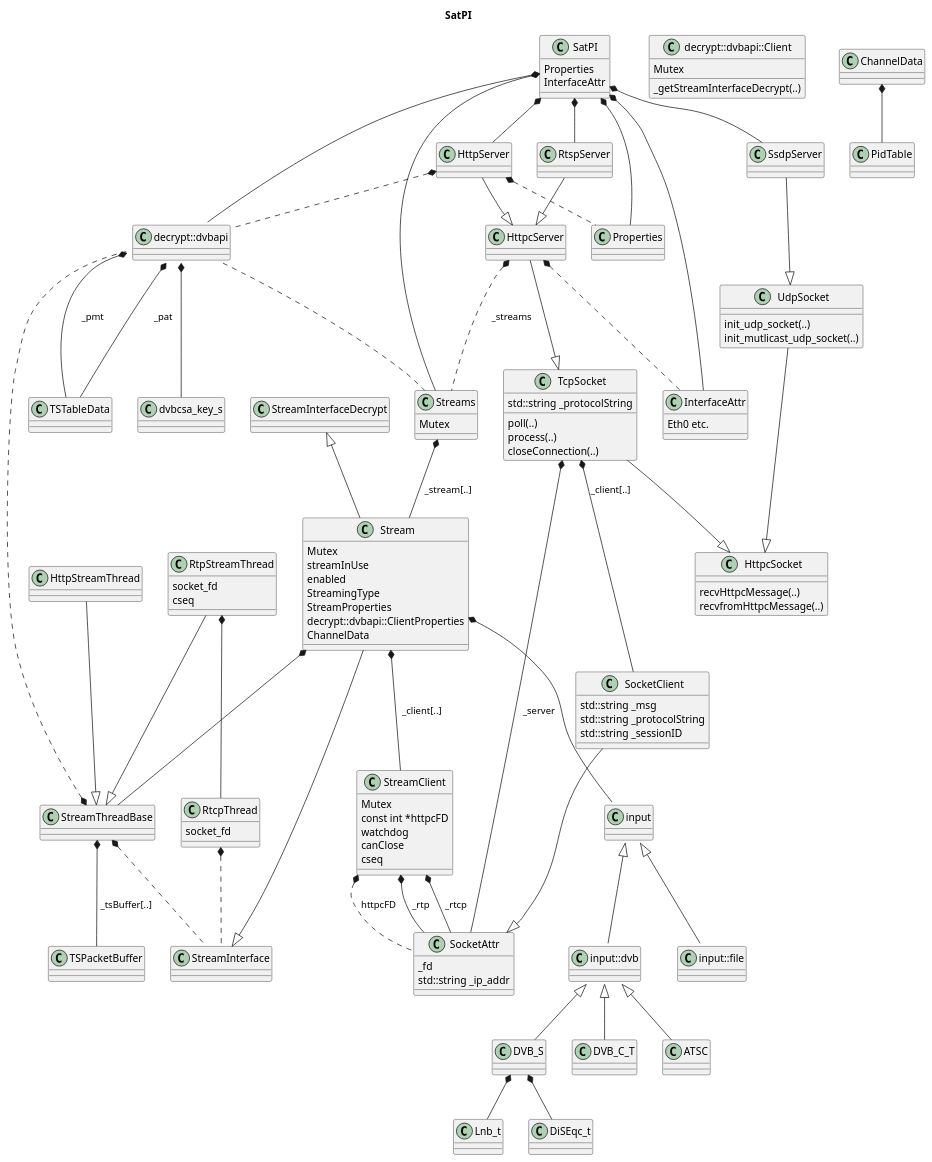
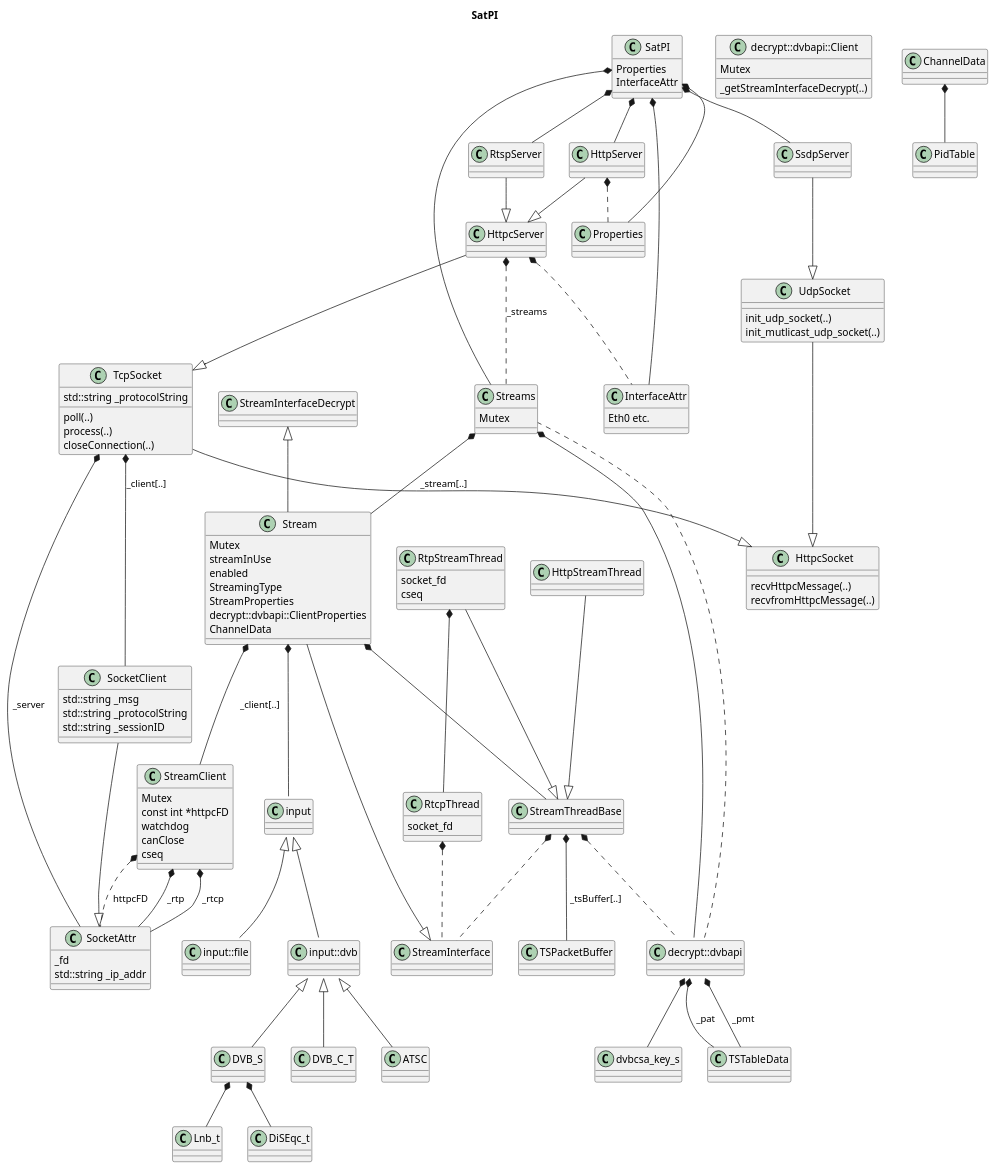
The diagram in SatPI.plantuml (Barracuda09/SATPI), drawn with PlantUML before and after one commit. The commit also changed 8 other files, not shown here.

```diff
--- a/SatPI.plantuml
+++ b/SatPI.plantuml
@@ -1,146 +1,145 @@
 @startuml
 
 hide footbox
 
 title SatPI
 
-SatPI *-- decrypt::dvbapi::Client
 SatPI *-- Streams
 SatPI *-- RtspServer
 SatPI *-- HttpServer
 SatPI *-- SsdpServer
 SatPI *-- Properties
 SatPI *-- InterfaceAttr
 
 
 class SatPI {
   Properties
   InterfaceAttr
 }
 
 class InterfaceAttr {
   Eth0 etc.
 }
 
 class HttpcSocket {
   recvHttpcMessage(..)
   recvfromHttpcMessage(..)
 }
 
 SocketClient --|> SocketAttr
 class SocketClient {
   std::string _msg
   std::string _protocolString
   std::string _sessionID
 }
 
 class SocketAttr {
   _fd
   std::string _ip_addr
 }
 
 TcpSocket --|> HttpcSocket
 TcpSocket *-- SocketAttr : "_server"
 TcpSocket *-- SocketClient : "_client[..]"
 class TcpSocket {
   poll(..)
   process(..)
   closeConnection(..)
   std::string _protocolString
 }
 
 UdpSocket --|> HttpcSocket
 class UdpSocket {
   init_udp_socket(..)
   init_mutlicast_udp_socket(..)
 }
 
 SsdpServer --|> UdpSocket
 
 RtspServer --|> HttpcServer
 
 HttpServer --|> HttpcServer
 HttpServer *.. Properties
-HttpServer *.. decrypt::dvbapi::Client
 
 HttpcServer --|> TcpSocket
 HttpcServer *.. Streams : "_streams"
 HttpcServer *.. InterfaceAttr
 
 StreamInterface        <|-- Stream
 StreamInterfaceDecrypt <|-- Stream
 
 Stream *-- StreamClient : " _client[..] "
 Stream *-- input::Device
 Stream *-- StreamThreadBase
 class Stream {
   Mutex
   streamInUse
   enabled
   StreamingType
   StreamProperties
   decrypt::dvbapi::ClientProperties
   ChannelData
 }
 
 Streams *-- Stream : " _stream[..] "
+Streams *-- decrypt::dvbapi::Client
 class Streams {
   Mutex
 }
 
 StreamClient *-- SocketAttr : " _rtp "
 StreamClient *-- SocketAttr : " _rtcp "
 StreamClient *.. SocketAttr : " httpcFD "
 class StreamClient {
   Mutex
   const int *httpcFD
   watchdog
   canClose
   cseq
 }
 
 StreamThreadBase *.. decrypt::dvbapi::Client
 StreamThreadBase *-- TSPacketBuffer : " _tsBuffer[..] "
 StreamThreadBase *.. StreamInterface
 class StreamThreadBase {
 }
 
 
 RtpStreamThread --|> StreamThreadBase
 RtpStreamThread *-- RtcpThread
 class RtpStreamThread {
   socket_fd
   cseq
 }
 
 RtcpThread *.. StreamInterface
 class RtcpThread {
   socket_fd
 }
 
 HttpStreamThread --|> StreamThreadBase
 
 decrypt::dvbapi::ClientProperties *-- dvbcsa_key_s
 decrypt::dvbapi::ClientProperties *-- TSTableData : " _pat "
 decrypt::dvbapi::ClientProperties *-- TSTableData : " _pmt "
 
 
 decrypt::dvbapi::Client  .  Streams
 class decrypt::dvbapi::Client {
   Mutex
   _getStreamInterfaceDecrypt(..)
 }
 
 input::Device <|-- input::dvb::Frontend
 input::Device <|-- input::file::TSReader
 
 input::dvb::Frontend <|-- DVB_S
 input::dvb::Frontend <|-- DVB_C_T
 input::dvb::Frontend <|-- ATSC
 
 DVB_S *-- Lnb_t
 DVB_S *-- DiSEqc_t
 
 ChannelData *-- PidTable
 
 @enduml
```
